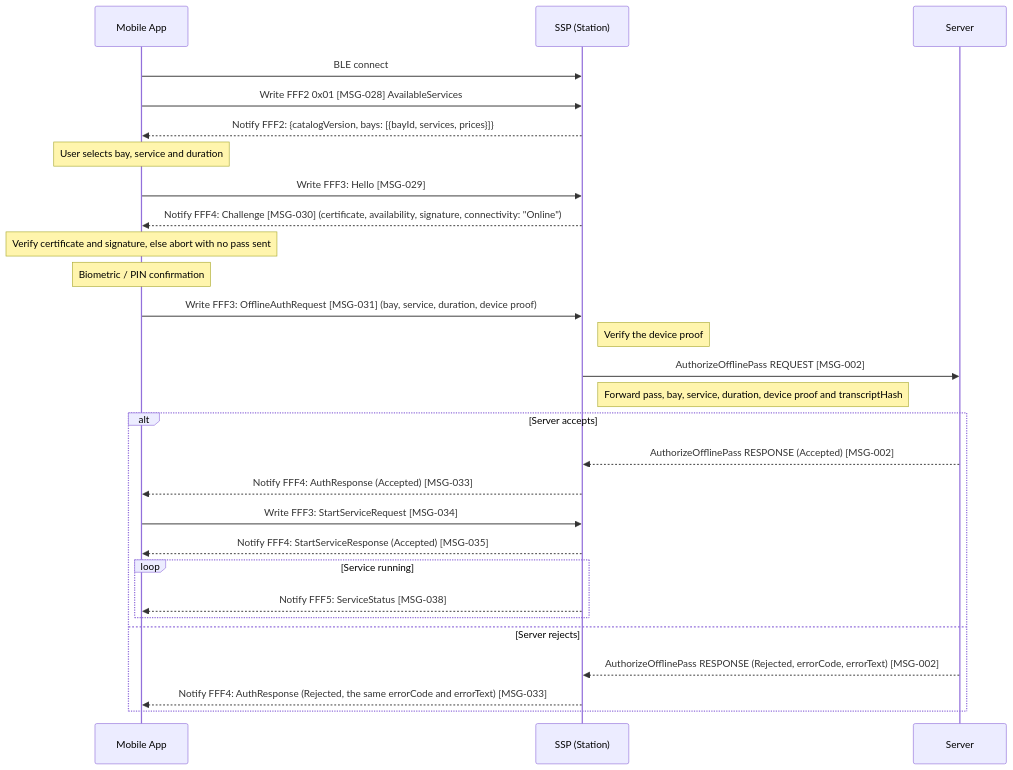
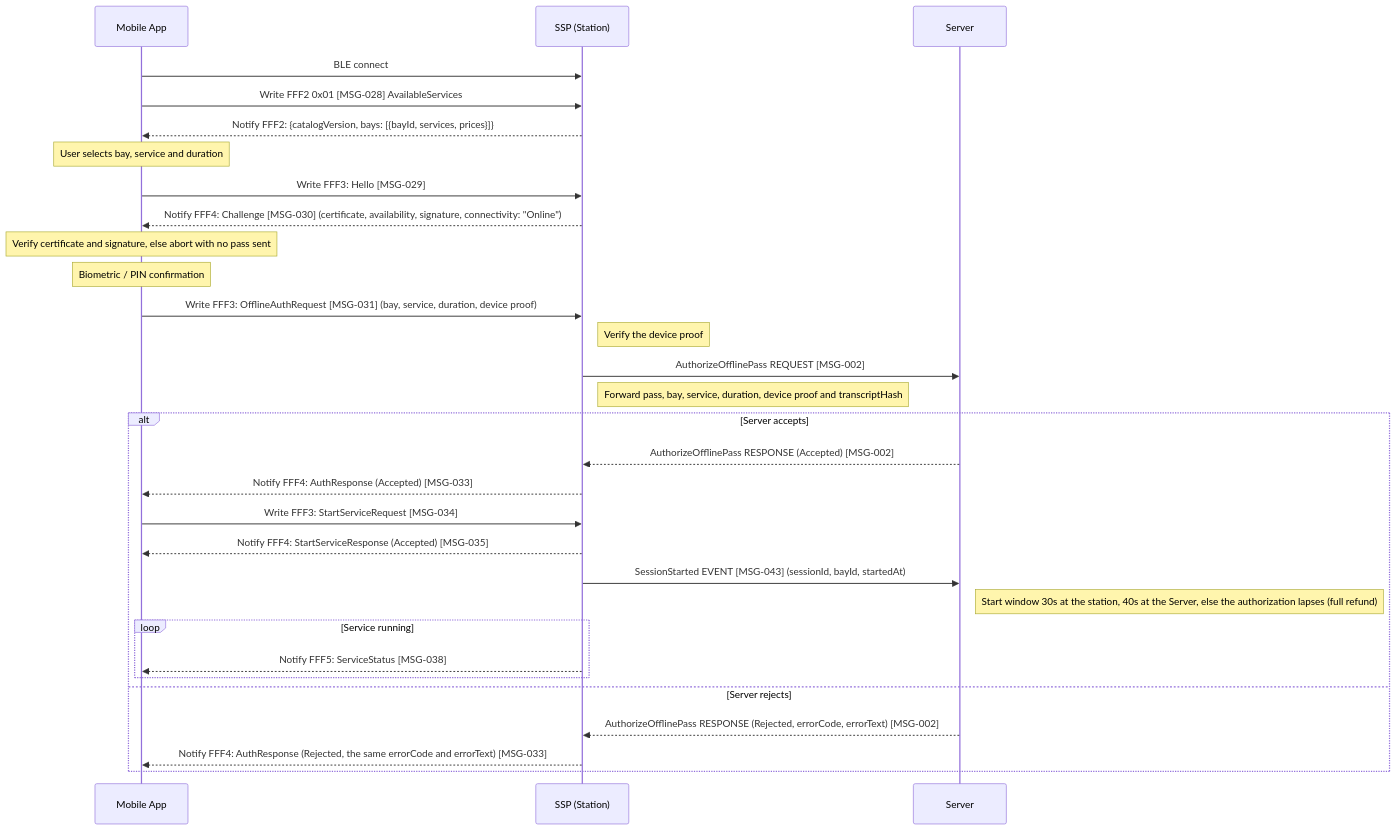
The seventh of 19 diagrams in spec/04-flows.md (ospp-org/spec), drawn with Mermaid before and after one commit. The commit also changed other lines of this file and 21 other files, not shown here.

````diff
--- a/spec/04-flows.md
+++ b/spec/04-flows.md
@@ -933,37 +935,39 @@
 ```mermaid
 sequenceDiagram
     participant App as Mobile App
     participant SSP as SSP (Station)
     participant Server
 
     App->>SSP: BLE connect
     App->>SSP: Write FFF2 0x01 [MSG-028] AvailableServices
     SSP-->>App: Notify FFF2: {catalogVersion, bays: [{bayId, services, prices}]}
     Note over App: User selects bay, service and duration
     App->>SSP: Write FFF3: Hello [MSG-029]
     SSP-->>App: Notify FFF4: Challenge [MSG-030] (certificate, availability, signature, connectivity: "Online")
     Note over App: Verify certificate and signature, else abort with no pass sent
 
     Note over App: Biometric / PIN confirmation
 
     App->>SSP: Write FFF3: OfflineAuthRequest [MSG-031] (bay, service, duration, device proof)
     Note right of SSP: Verify the device proof
 
     SSP->>Server: AuthorizeOfflinePass REQUEST [MSG-002]
     Note right of SSP: Forward pass, bay, service, duration, device proof and transcriptHash
 
     alt Server accepts
         Server-->>SSP: AuthorizeOfflinePass RESPONSE (Accepted) [MSG-002]
         SSP-->>App: Notify FFF4: AuthResponse (Accepted) [MSG-033]
         App->>SSP: Write FFF3: StartServiceRequest [MSG-034]
         SSP-->>App: Notify FFF4: StartServiceResponse (Accepted) [MSG-035]
+        SSP->>Server: SessionStarted EVENT [MSG-043] (sessionId, bayId, startedAt)
+        Note right of Server: Start window 30s at the station, 40s at the Server, else the authorization lapses (full refund)
 
         loop Service running
             SSP-->>App: Notify FFF5: ServiceStatus [MSG-038]
         end
 
     else Server rejects
         Server-->>SSP: AuthorizeOfflinePass RESPONSE (Rejected, errorCode, errorText) [MSG-002]
         SSP-->>App: Notify FFF4: AuthResponse (Rejected, the same errorCode and errorText) [MSG-033]
     end
 ```
````
